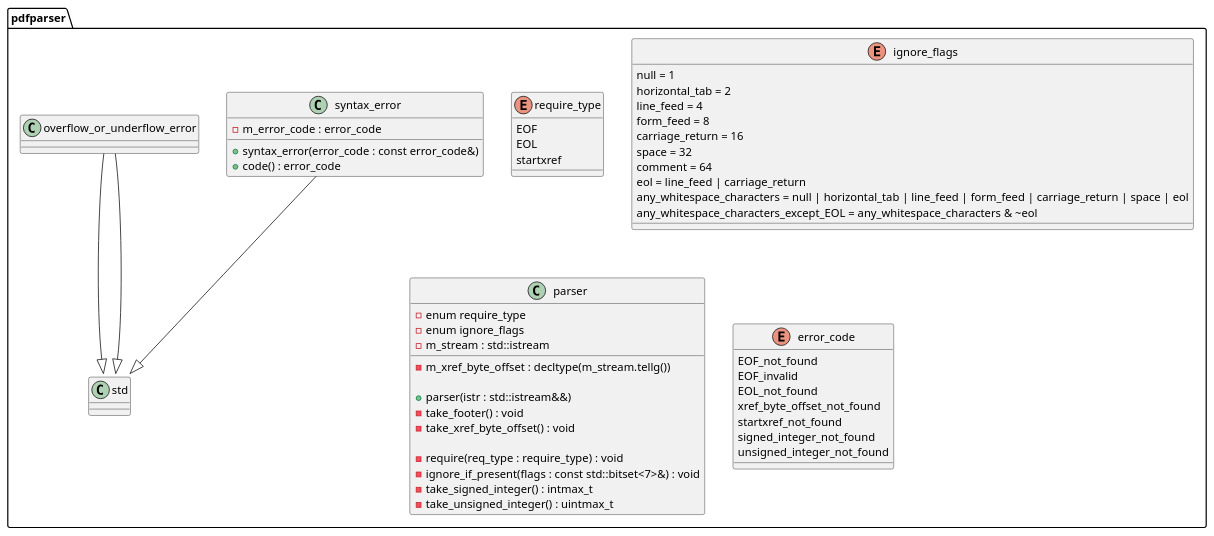
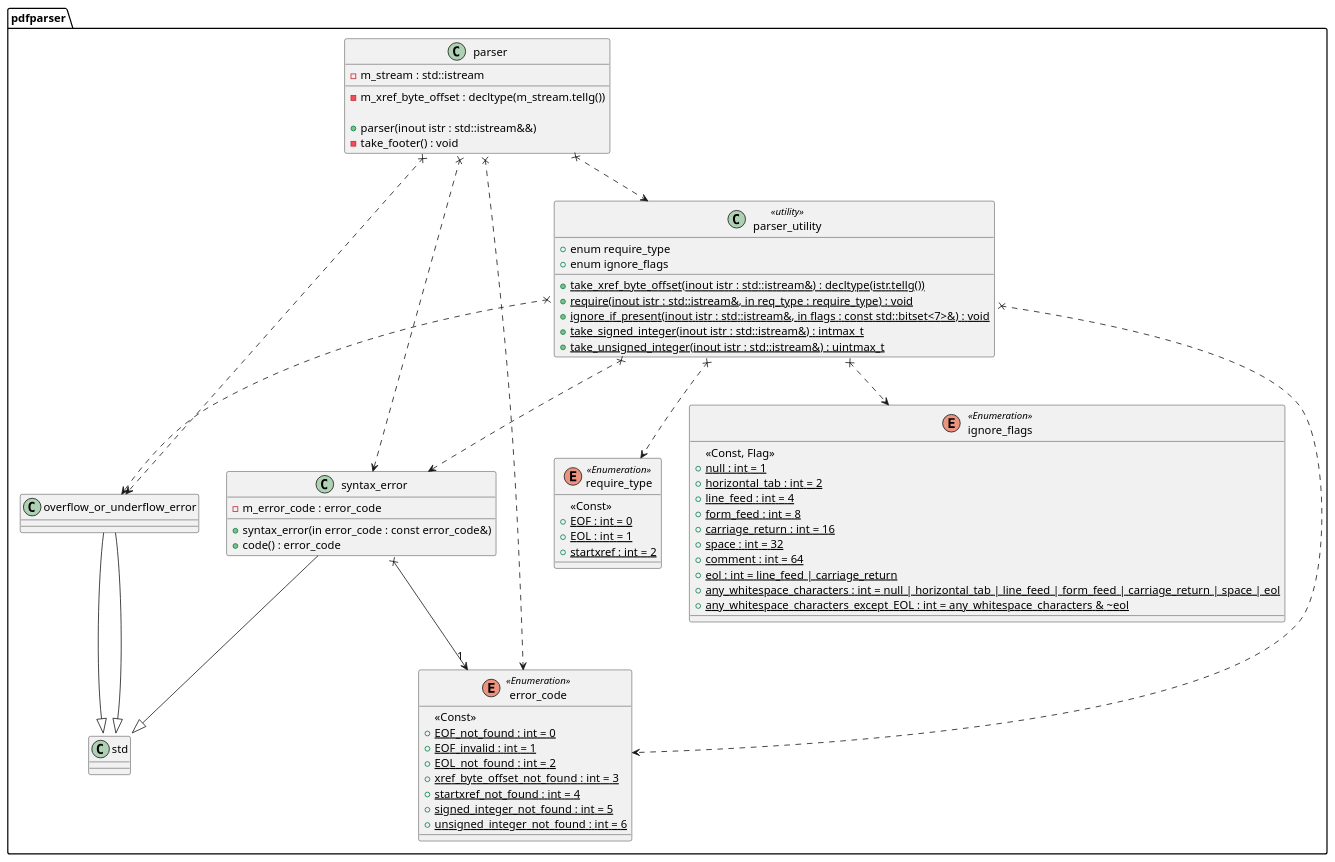
One commit to KodaiYM/PDFReader changed the diagram in document/parser.class.pu. Above: the diagram before and after it, drawn with PlantUML. The commit also changed 1 other file, not shown here.

Commit message:
クラス図を正しいUMLの記法に沿って記述した

```diff
--- a/document/parser.class.pu
+++ b/document/parser.class.pu
@@ -1,56 +1,74 @@
 @startuml parser
 namespace pdfparser {
-enum require_type {
-	EOF
-	EOL
-	startxref
+enum require_type <<Enumeration>> {
+	<<Const>>
+	+{static} EOF : int = 0
+	+{static} EOL : int = 1
+	+{static} startxref : int = 2
 }
-enum ignore_flags {
-	null = 1
-	horizontal_tab = 2
-	line_feed = 4
-	form_feed = 8
-	carriage_return = 16
-	space = 32
-	comment = 64
-	eol = line_feed | carriage_return
-	any_whitespace_characters = null | horizontal_tab | line_feed | form_feed | carriage_return | space | eol
-	any_whitespace_characters_except_EOL = any_whitespace_characters & ~eol
+enum ignore_flags <<Enumeration>> {
+	<<Const, Flag>>
+	+{static} null : int = 1
+	+{static} horizontal_tab : int = 2
+	+{static} line_feed : int = 4
+	+{static} form_feed : int = 8
+	+{static} carriage_return : int = 16
+	+{static} space : int = 32
+	+{static} comment : int = 64
+	+{static} eol : int = line_feed | carriage_return
+	+{static} any_whitespace_characters : int = null | horizontal_tab | line_feed | form_feed | carriage_return | space | eol
+	+{static} any_whitespace_characters_except_EOL : int = any_whitespace_characters & ~eol
 }
 class parser {
-	-enum require_type
-	-enum ignore_flags
 	-m_stream : std::istream
 	-m_xref_byte_offset : decltype(m_stream.tellg())
 
-	+parser(istr : std::istream&&)
+	+parser(inout istr : std::istream&&)
 	-take_footer() : void
-	-take_xref_byte_offset() : void
+}
+parser x..> syntax_error
+parser x..> overflow_or_underflow_error
+parser x..> error_code
+parser x..> parser_utility
 
-	-require(req_type : require_type) : void
-	-ignore_if_present(flags : const std::bitset<7>&) : void
-	-take_signed_integer() : intmax_t
-	-take_unsigned_integer() : uintmax_t
+class parser_utility <<utility>> {
+	+enum require_type
+	+enum ignore_flags
+
+	+{static} take_xref_byte_offset(inout istr : std::istream&) : decltype(istr.tellg())
+	+{static} require(inout istr : std::istream&, in req_type : require_type) : void
+	+{static} ignore_if_present(inout istr : std::istream&, in flags : const std::bitset<7>&) : void
+	+{static} take_signed_integer(inout istr : std::istream&) : intmax_t
+	+{static} take_unsigned_integer(inout istr : std::istream&) : uintmax_t
 }
-enum error_code {
-	EOF_not_found
-	EOF_invalid
-	EOL_not_found
-	xref_byte_offset_not_found
-	startxref_not_found
-	signed_integer_not_found
-	unsigned_integer_not_found
+parser_utility x..> require_type
+parser_utility x..> ignore_flags
+parser_utility x..> syntax_error
+parser_utility x..> overflow_or_underflow_error
+parser_utility x..> error_code
+
+enum error_code <<Enumeration>> {
+	<<Const>>
+	+{static} EOF_not_found : int = 0
+	+{static} EOF_invalid : int = 1
+	+{static} EOL_not_found : int = 2
+	+{static} xref_byte_offset_not_found : int = 3
+	+{static} startxref_not_found : int = 4
+	+{static} signed_integer_not_found : int = 5
+	+{static} unsigned_integer_not_found : int = 6
 }
 class syntax_error {
 	-m_error_code : error_code
 
-	+syntax_error(error_code : const error_code&)
+	+syntax_error(in error_code : const error_code&)
 	+code() : error_code
 }
 syntax_error --|> std::runtime_error
+syntax_error x--> "1" error_code
+
 class overflow_or_underflow_error {
 }
 overflow_or_underflow_error --|> std::overflow_error
 overflow_or_underflow_error --|> std::underflow_error
 }
 @enduml
```
